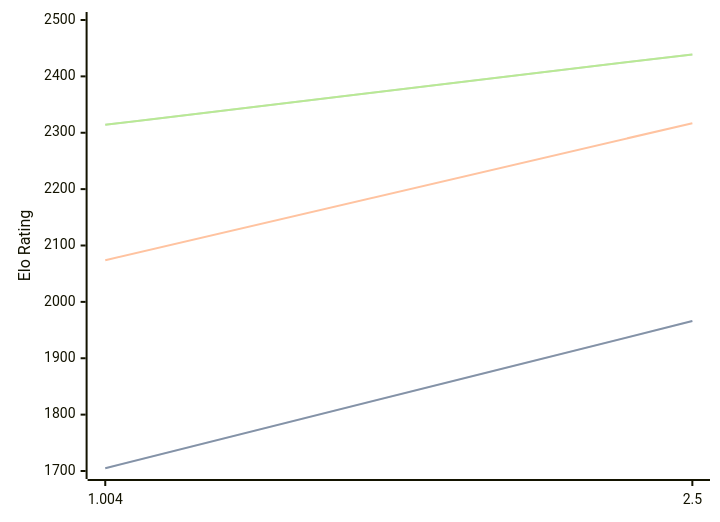
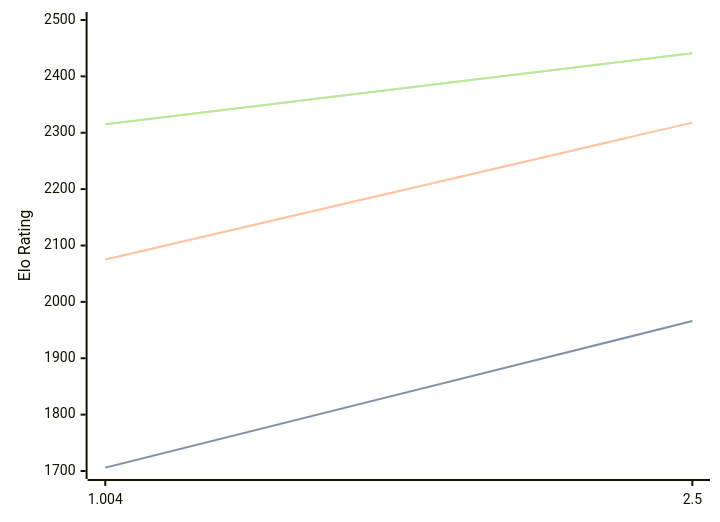
Before and after one commit to computer-chess-index/cci: the diagram in engines/Ares.md, drawn with Mermaid. The commit also changed other lines of this file, not shown here.

Commit message:
Update CCI Ratings (ELO VLTC) - 2026-08-26

````diff
--- a/engines/Ares.md
+++ b/engines/Ares.md
@@ -32,11 +32,11 @@
 ```mermaid
 %%{init: {"theme":"base","themeVariables":{"seriesColors:['#a3a3a3','#222221','#faa371']}}}%%
 xychart-beta
   x-axis ["1.004", "2.5"]
   y-axis "Elo Rating" 1700 --> 2500
-  line "STC (8.0+0.08s)" [1705, 1966]
-  line "STC (8.0+0.08s)" [1705, 1966]
-  line "LTC (60.0+0.60s)" [2074, 2317]
-  line "VLTC (2m24s+1.12s)" [2314, 2439]
-  line "VLTC (2m24s+1.12s)" [2314, 2439]
+  line "STC (8.0+0.08s)" [1706, 1966]
+  line "STC (8.0+0.08s)" [1706, 1966]
+  line "LTC (60.0+0.60s)" [2075, 2318]
+  line "VLTC (2m24s+1.12s)" [2315, 2441]
+  line "VLTC (2m24s+1.12s)" [2315, 2441]
 ```
````
